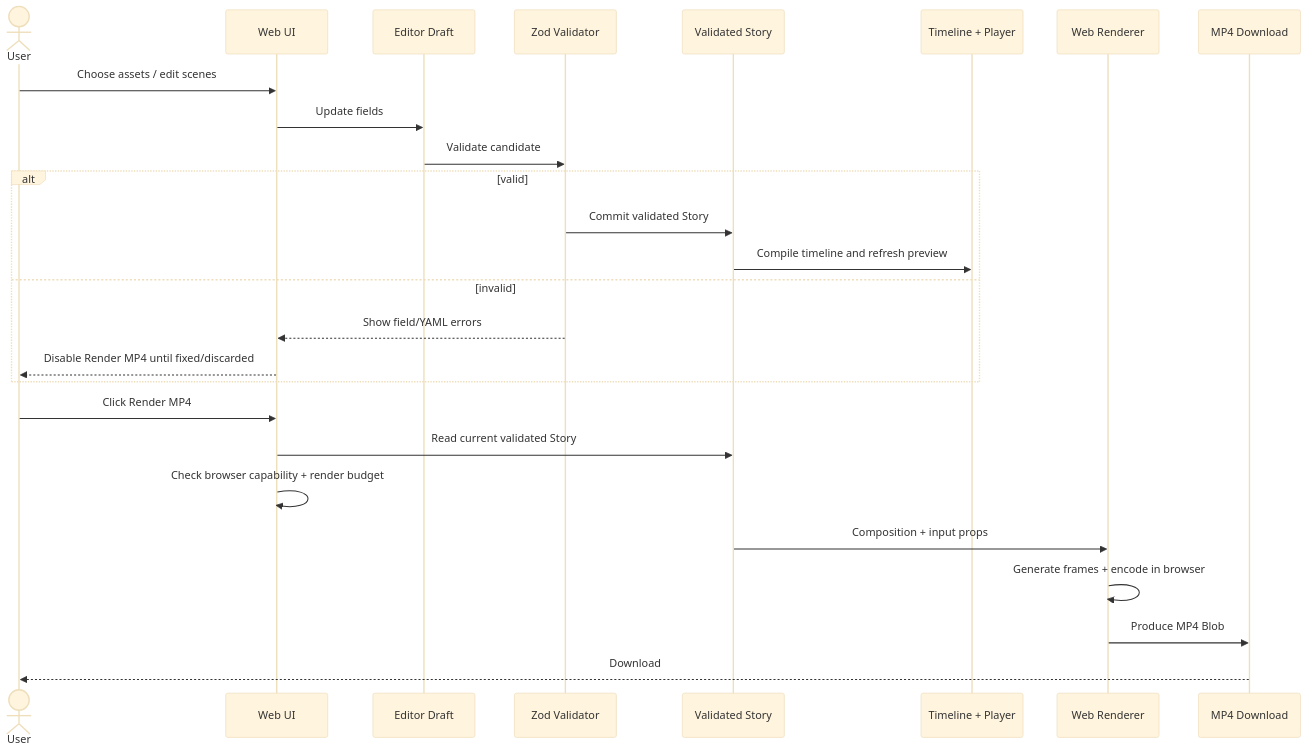
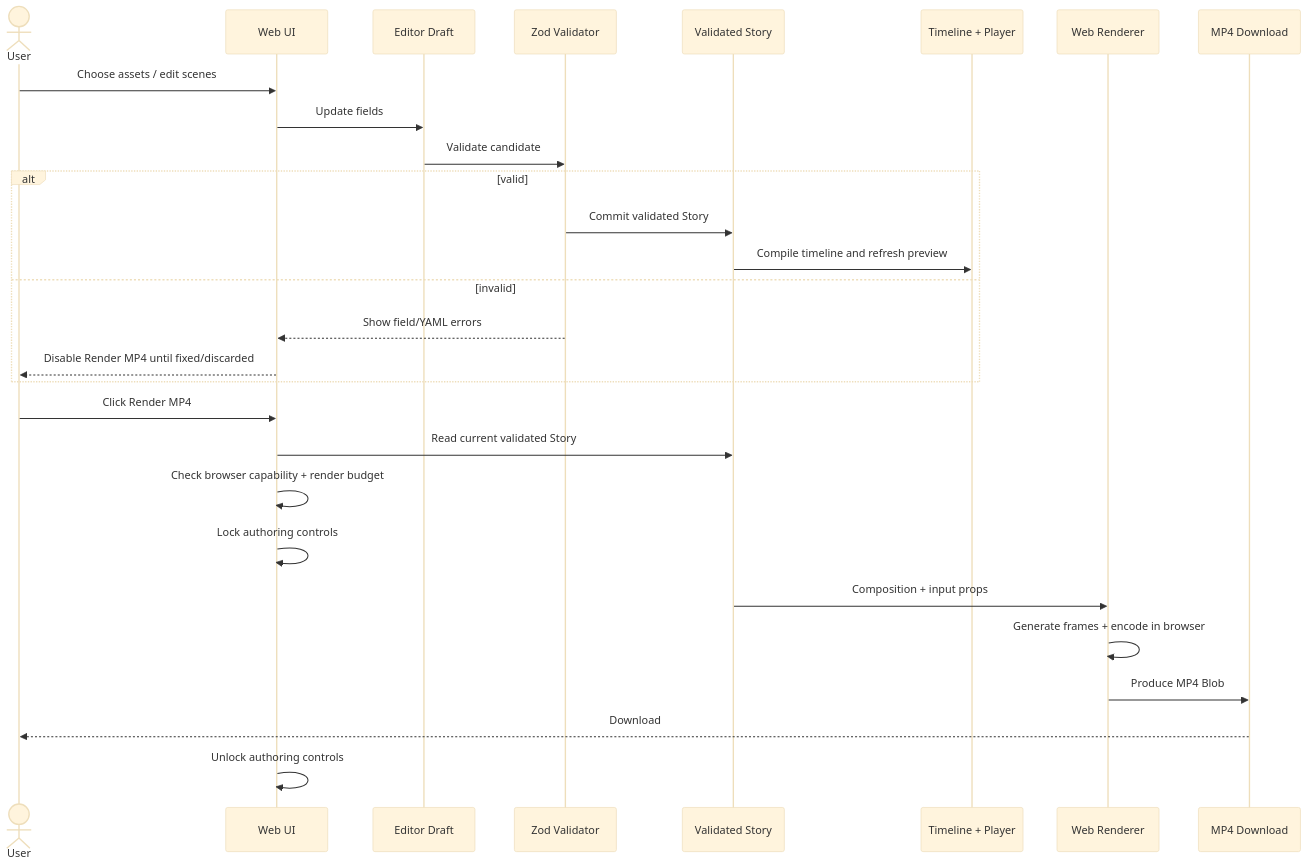
One commit to juanse-dev/tora-video-engine changed the second of 2 diagrams in docs/web/README.md. Above: the diagram before and after it, drawn with Mermaid (base theme). The commit also changed other lines of this file, not shown here.

```diff
--- a/docs/web/README.md
+++ b/docs/web/README.md
@@ -78,30 +79,32 @@
 ~~~mermaid
 sequenceDiagram
     actor User
     participant UI as Web UI
     participant Draft as Editor Draft
     participant Zod as Zod Validator
     participant Story as Validated Story
     participant Preview as Timeline + Player
     participant Render as Web Renderer
     participant File as MP4 Download
 
     User->>UI: Choose assets / edit scenes
     UI->>Draft: Update fields
     Draft->>Zod: Validate candidate
     alt valid
         Zod->>Story: Commit validated Story
         Story->>Preview: Compile timeline and refresh preview
     else invalid
         Zod-->>UI: Show field/YAML errors
         UI-->>User: Disable Render MP4 until fixed/discarded
     end
 
     User->>UI: Click Render MP4
     UI->>Story: Read current validated Story
     UI->>UI: Check browser capability + render budget
+    UI->>UI: Lock authoring controls
     Story->>Render: Composition + input props
     Render->>Render: Generate frames + encode in browser
     Render->>File: Produce MP4 Blob
     File-->>User: Download
+    UI->>UI: Unlock authoring controls
 ~~~
```
